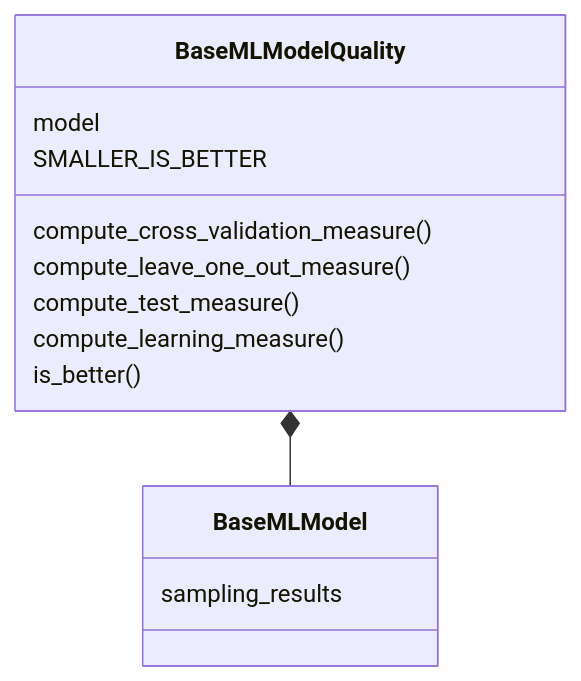
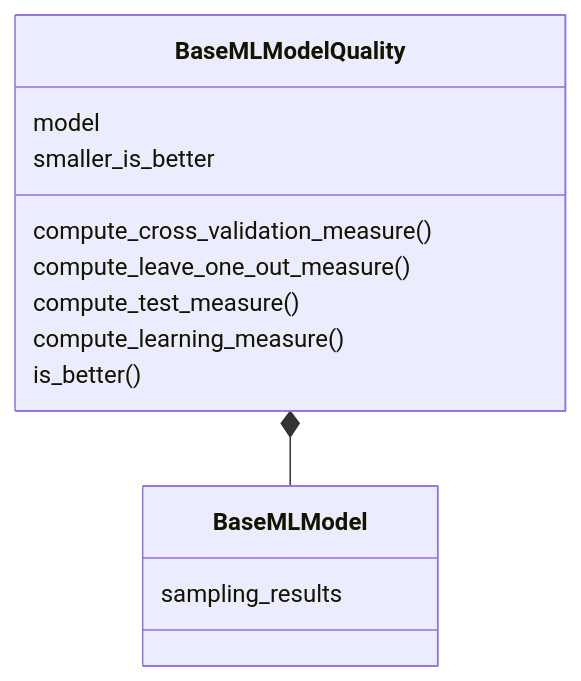
One commit to gemseo/gemseo changed the diagram in docs/user_guide/concepts/machine_learning.md. Above: the diagram before and after it, drawn with Mermaid. The commit also changed 828 other files, not shown here.

````diff
--- a/docs/user_guide/concepts/machine_learning.md
+++ b/docs/user_guide/concepts/machine_learning.md
@@ -270,16 +270,16 @@
     ```mermaid
     classDiagram
         class BaseMLModelQuality {
             model
             compute_cross_validation_measure()
             compute_leave_one_out_measure()
             compute_test_measure()
             compute_learning_measure()
             is_better()
-            SMALLER_IS_BETTER
+            smaller_is_better
         }
         class BaseMLModel {
             sampling_results
         }
         BaseMLModelQuality *-- BaseMLModel
     ```
````
